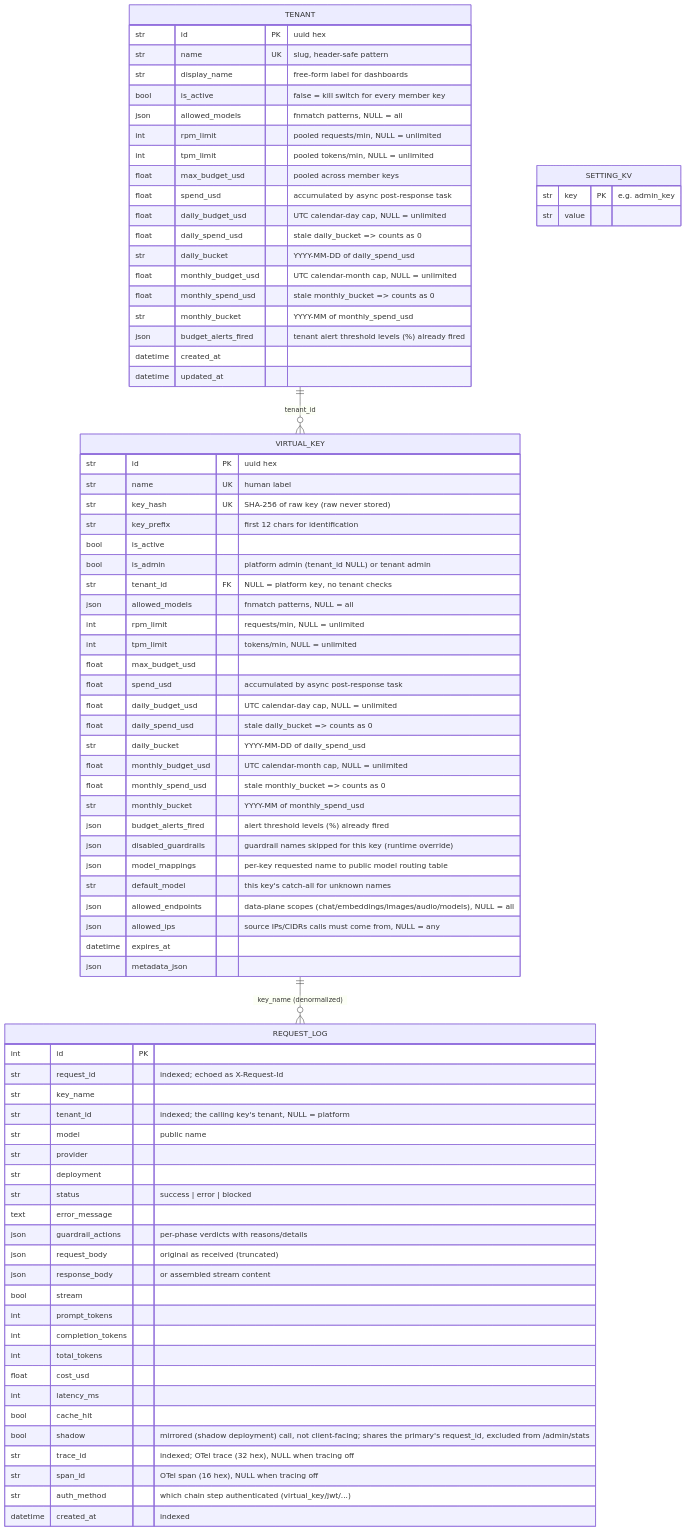
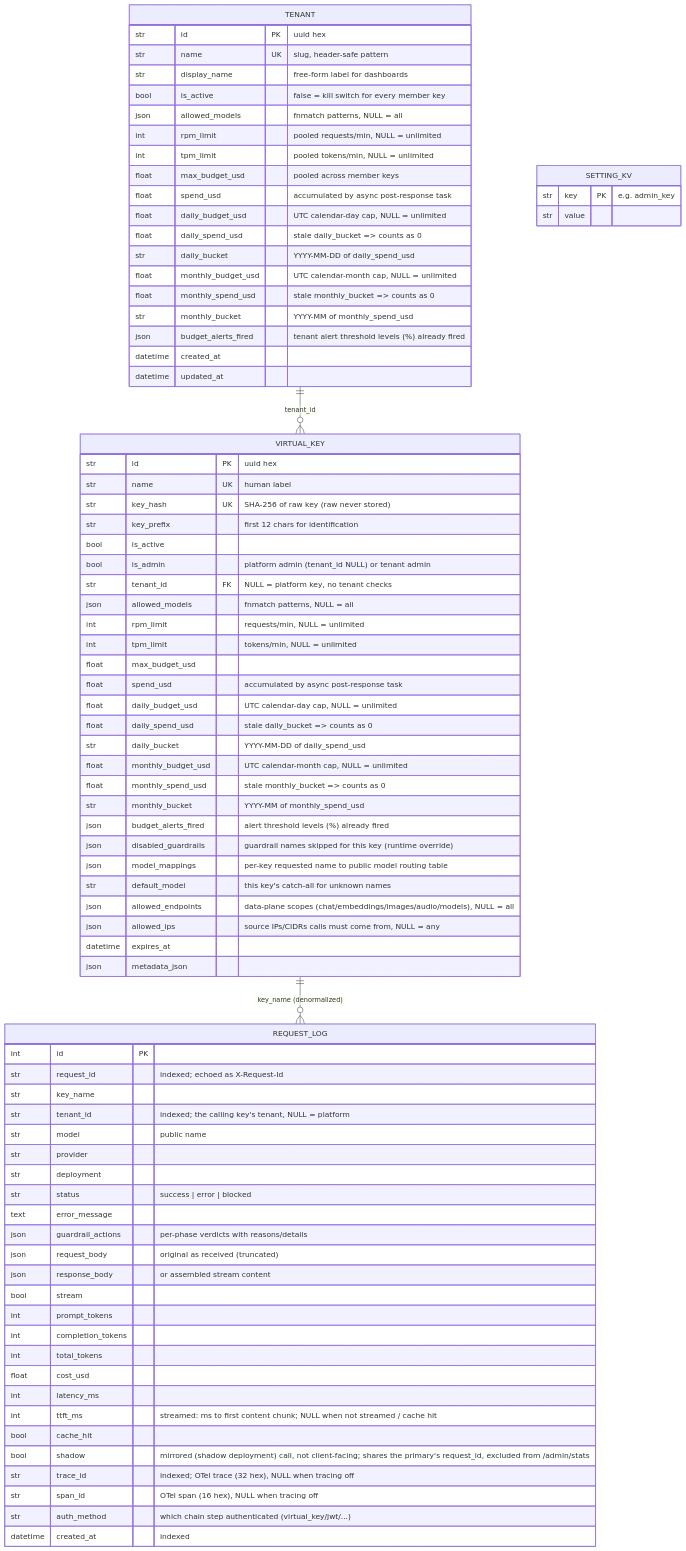
The eighth of 9 diagrams in ARCHITECTURE.md (hinadome/llm_gateway), drawn with Mermaid before and after one commit. The commit also changed other lines of this file and 9 other files, not shown here.

```diff
--- a/ARCHITECTURE.md
+++ b/ARCHITECTURE.md
@@ -942,6 +942,7 @@
         int total_tokens
         float cost_usd
         int latency_ms
+        int ttft_ms "streamed: ms to first content chunk; NULL when not streamed / cache hit"
         bool cache_hit
         bool shadow "mirrored (shadow deployment) call, not client-facing; shares the primary's request_id, excluded from /admin/stats"
         str trace_id "indexed; OTel trace (32 hex), NULL when tracing off"
```
